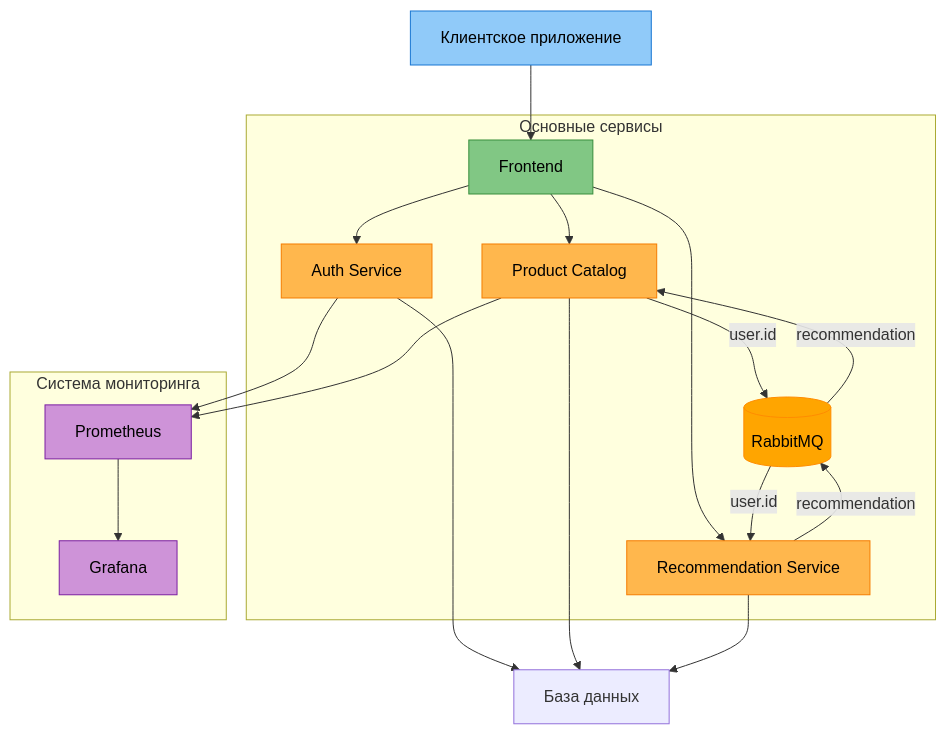
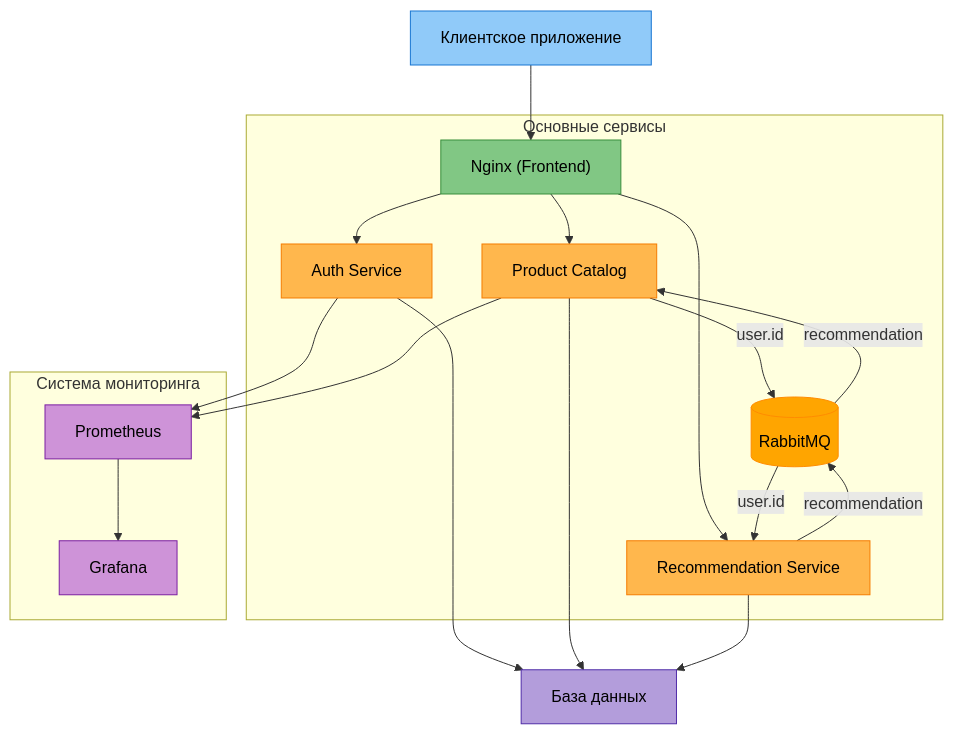
One commit to AlibekovAA/distributed-systems changed the first of 3 diagrams in README.md. Above: the diagram before and after it, drawn with Mermaid. The commit also changed other lines of this file and 32 other files, not shown here.

````diff
--- a/README.md
+++ b/README.md
@@ -5,38 +5,38 @@
 ```mermaid
 graph TD
-    Client["Клиентское приложение"] --> Frontend["Frontend"]
+    Client["Клиентское приложение"] --> Nginx["Nginx (Frontend)"]
 
     subgraph Основные["Основные сервисы"]
-        Frontend --> Auth["Auth Service"]
-        Frontend --> Products["Product Catalog"]
-        Frontend --> Rec["Recommendation Service"]
+        Nginx --> Auth["Auth Service"]
+        Nginx --> Products["Product Catalog"]
+        Nginx --> Rec["Recommendation Service"]
         Products -->|"user.id"| RMQ[("RabbitMQ")]
         RMQ -->|"user.id"| Rec
         Rec -->|"recommendation"| RMQ
         RMQ -->|"recommendation"| Products
     end
 
     subgraph Мониторинг["Система мониторинга"]
         Auth --> Prometheus["Prometheus"]
         Products --> Prometheus
         Prometheus --> Grafana["Grafana"]
     end
 
     Auth --> DB["База данных"]
     Products --> DB["База данных"]
     Rec --> DB["База данных"]
 
     classDef client fill:#90CAF9,stroke:#1976D2,color:#000
     classDef frontend fill:#81C784,stroke:#388E3C,color:#000
     classDef service fill:#FFB74D,stroke:#F57C00,color:#000
     classDef monitor fill:#CE93D8,stroke:#7B1FA2,color:#000
     classDef database fill:#B39DDB,stroke:#512DA8,color:#000
     classDef rabbit fill:#FFA500,stroke:#FF8C00,color:#000
 
     class Client client
-    class Frontend frontend
+    class Nginx frontend
     class Auth,Products,Rec service
     class Prometheus,Grafana monitor
-    class DBAuth,DBProducts,DBRec database
+    class DB database
     class RMQ rabbit
 ```
````
